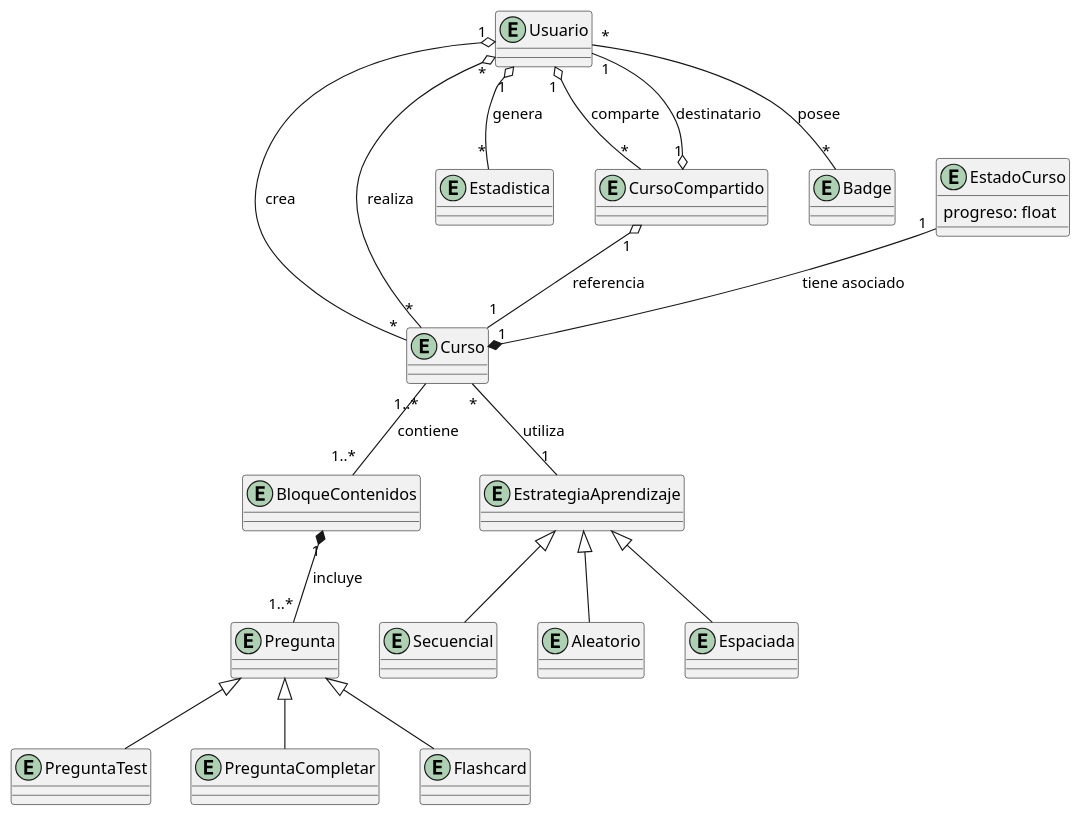
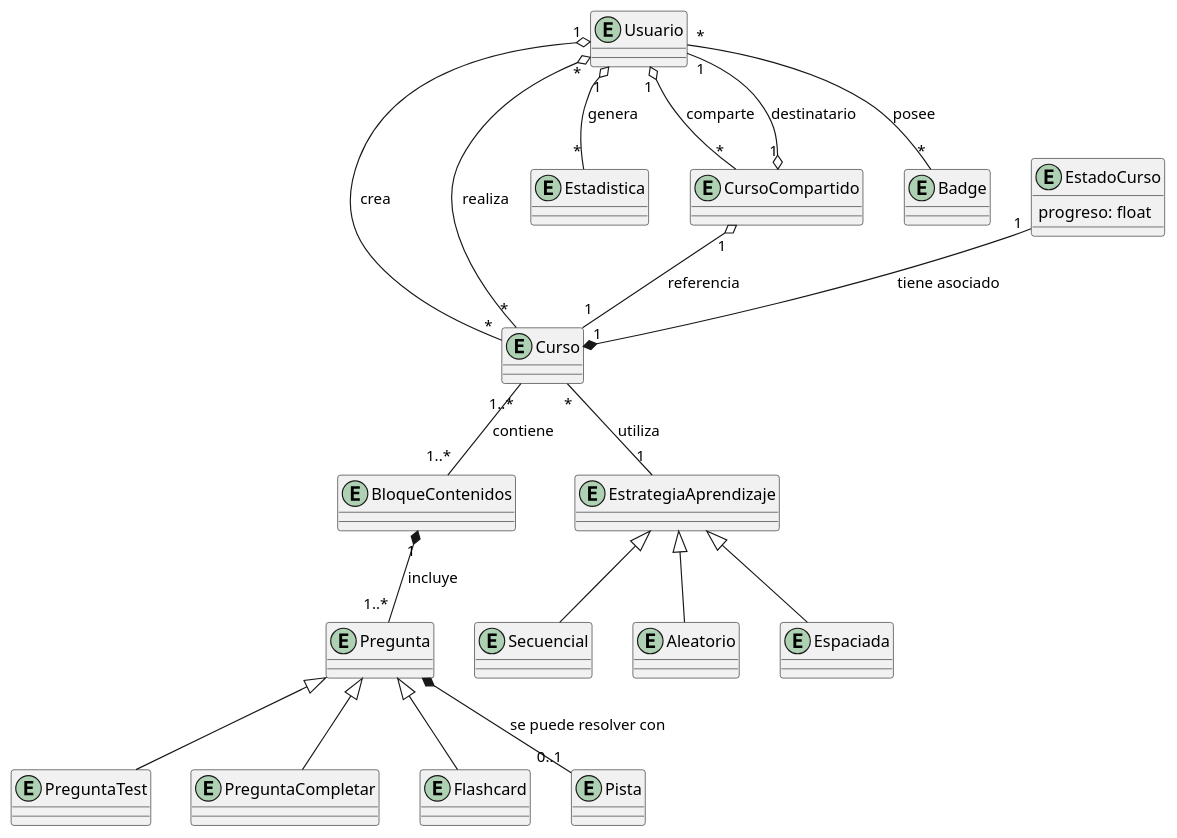
One commit to JuaanGB/Futbolistos changed the diagram in diseño/modelado/modelado_uml.wsd. Above: the diagram before and after it, drawn with PlantUML. The commit also changed 1 other file, not shown here.

Commit message:
Pista en modelado

```diff
--- a/diseño/modelado/modelado_uml.wsd
+++ b/diseño/modelado/modelado_uml.wsd
@@ -1,63 +1,67 @@
 @startuml modelo
 ' Entidades del dominio
 
 entity Usuario
 entity Curso
 entity BloqueContenidos
 entity Pregunta
 entity PreguntaTest
 entity PreguntaCompletar
 entity Flashcard
 entity EstrategiaAprendizaje
 entity Secuencial
 entity Aleatorio
 entity Espaciada
+entity Pista
 
 entity EstadoCurso {
   progreso: float
 }
 
 entity Estadistica
 entity CursoCompartido
 entity Badge
 
 ' Relaciones
 
 ' Un Usuario crea uno o más Cursos
 Usuario "1" o-- "*" Curso : crea
 
 ' Compartición: Un Usuario comparte cursos con otros
 Usuario "1" o-- "*" CursoCompartido : comparte
 CursoCompartido "1" o-- "1" Curso : referencia
 CursoCompartido "1" o-- "1" Usuario : destinatario
 
 ' Un Curso se compone de uno o más BloqueContenidos
 Curso "1..*" -- "1..*" BloqueContenidos : contiene
 
 ' Cada BloqueContenidos incluye una o más Preguntas
 BloqueContenidos "1" *-- "1..*" Pregunta : incluye
 
 ' Herencia de tipos de Pregunta
 Pregunta <|-- PreguntaTest
 Pregunta <|-- PreguntaCompletar
 Pregunta <|-- Flashcard
 
+' Pistas de pregunta
+Pregunta *-- "0..1" Pista : se puede resolver con
+
 ' Herencia de tipos de EstrategiaAprendizaje
 EstrategiaAprendizaje <|-- Secuencial
 EstrategiaAprendizaje <|-- Aleatorio
 EstrategiaAprendizaje <|-- Espaciada
 
 ' Un Curso utiliza una Estrategia de Aprendizaje
 Curso "*" -- "1" EstrategiaAprendizaje : utiliza
 
 ' El progreso de un Curso se guarda mediante EstadoCurso
 Usuario "*" o-- "*" Curso : realiza
 EstadoCurso "1" --* "1" Curso : tiene asociado
 
 ' Estadísticas de uso generadas por el Usuario
 Usuario "1" o-- "*" Estadistica : genera
 
 ' Gamificación: Relación muchos a muchos entre Usuario y Badge
 Usuario "*" -- "*" Badge : posee
 
 @enduml
```
